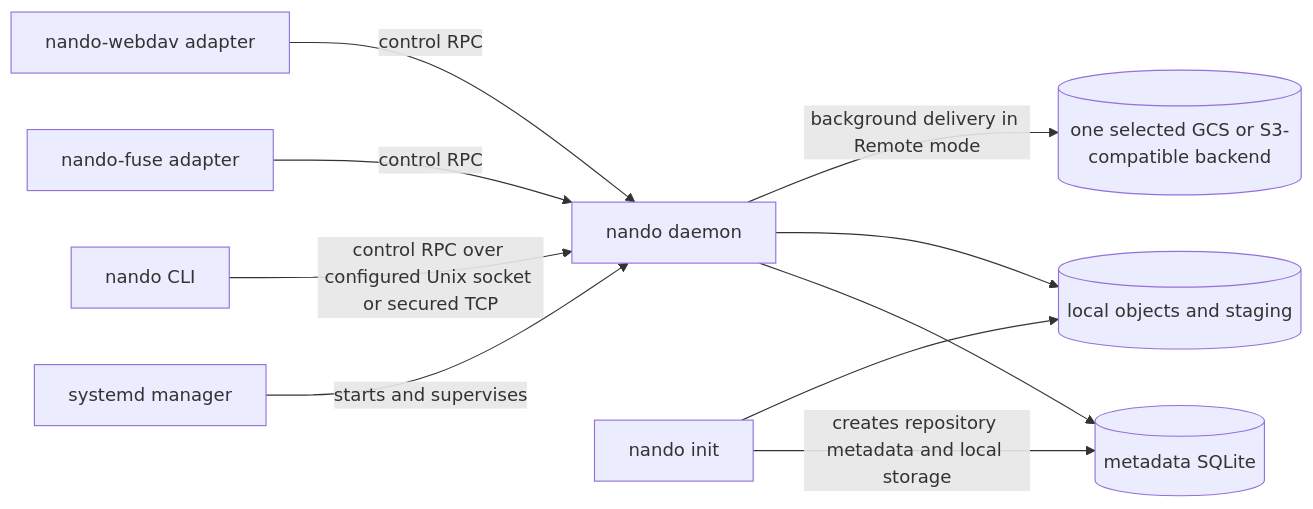
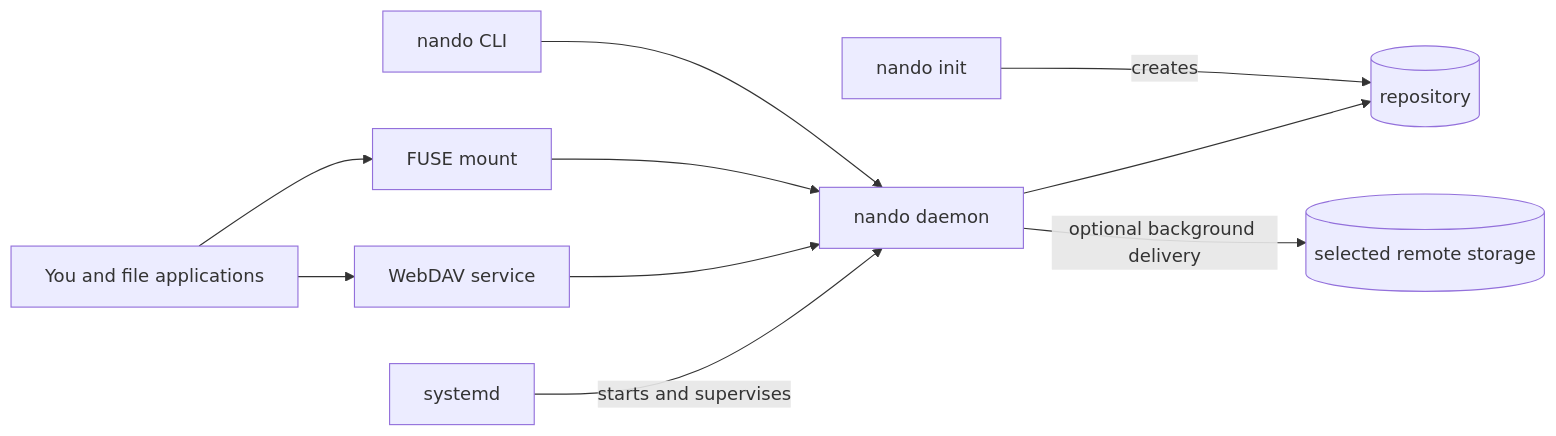
The diagram in manual/getting-started/concepts.md (kamichidu/go-nando), drawn with Mermaid before and after one commit. The commit also changed other lines of this file and 3 other files, not shown here.

````diff
--- a/manual/getting-started/concepts.md
+++ b/manual/getting-started/concepts.md
@@ -7,15 +5,22 @@
 ```mermaid
 flowchart LR
-  systemd[systemd manager] -->|starts and supervises| daemon[nando daemon]
+  user[You and file applications]
   cli[nando CLI]
-  fuse[nando-fuse adapter]
-  webdav[nando-webdav adapter]
-  cli -->|control RPC over configured Unix socket or secured TCP| daemon
-  fuse -->|control RPC| daemon
-  webdav -->|control RPC| daemon
-  daemon --> metadata[(metadata SQLite)]
-  daemon --> local[(local objects and staging)]
-  daemon -->|background delivery in Remote mode| remote[(one selected GCS or S3-compatible backend)]
-  init[nando init] -->|creates repository metadata and local storage| metadata
-  init --> local
+  fuse[FUSE mount]
+  webdav[WebDAV service]
+  systemd[systemd]
+  daemon[nando daemon]
+  repo[(repository)]
+  remote[(selected remote storage)]
+  init[nando init]
+
+  user --> fuse
+  user --> webdav
+  cli --> daemon
+  fuse --> daemon
+  webdav --> daemon
+  systemd -->|starts and supervises| daemon
+  init -->|creates| repo
+  daemon --> repo
+  daemon -->|optional background delivery| remote
 ```
````
